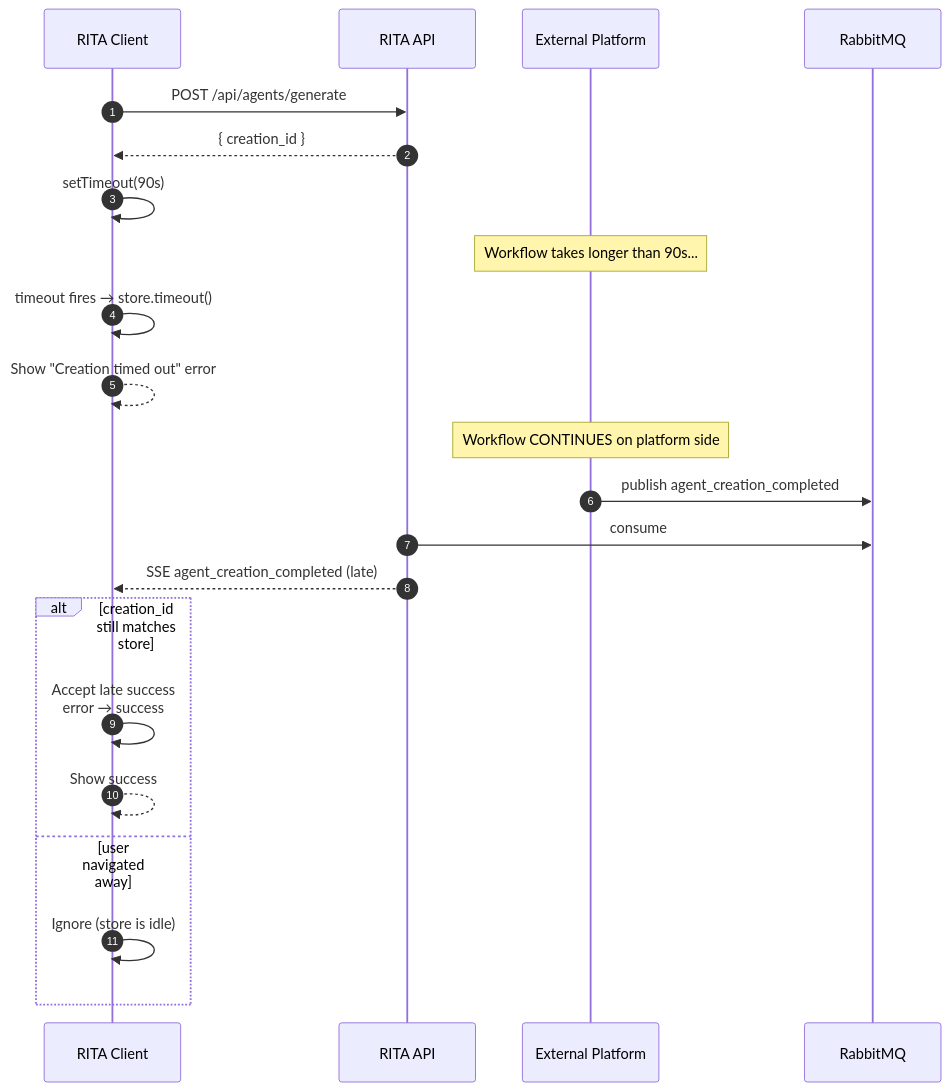
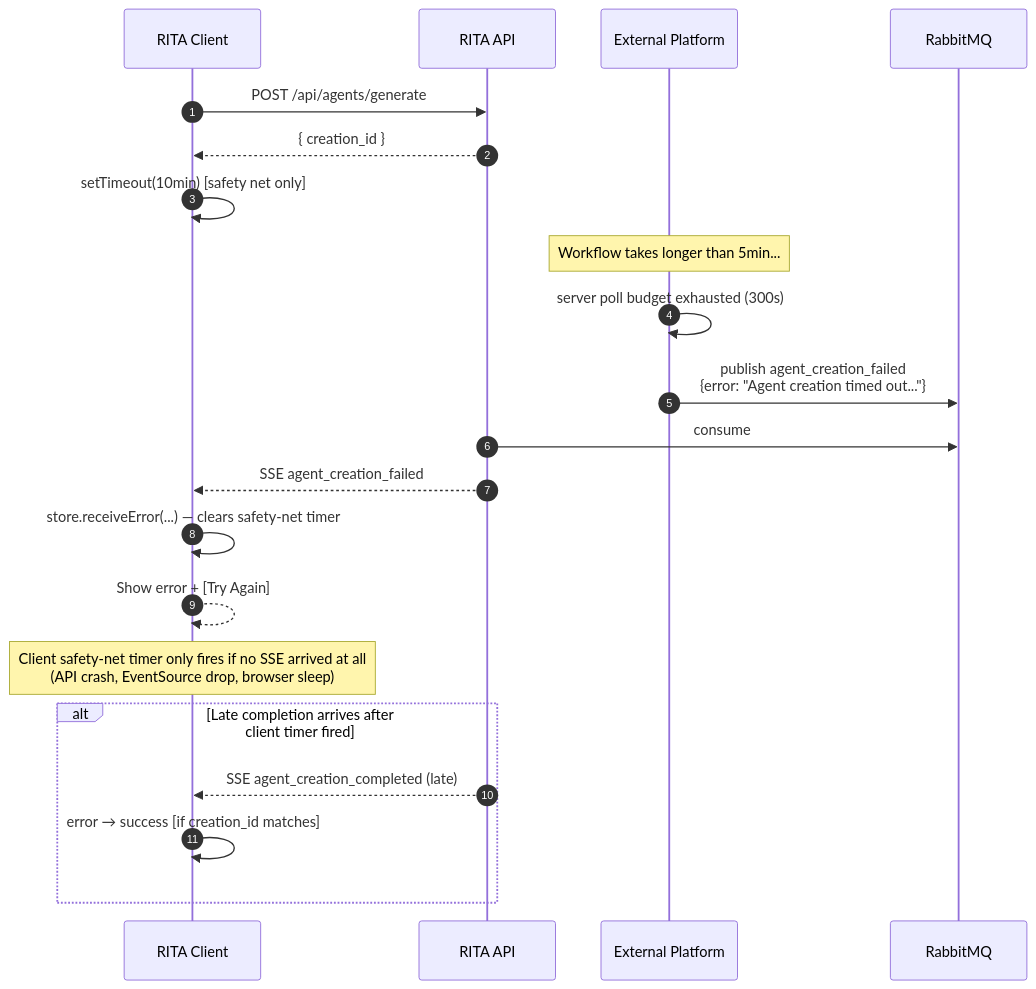
Before and after one commit to ewilhelmy-resolve/resolve-prototypes: the eighth of 11 diagrams in docs/features/agents/agent-creation-workflow-integration.md, drawn with Mermaid. The commit also changed other lines of this file and 3 other files, not shown here.

````diff
--- a/docs/features/agents/agent-creation-workflow-integration.md
+++ b/docs/features/agents/agent-creation-workflow-integration.md
@@ -269,29 +282,28 @@
 ```mermaid
 sequenceDiagram
     autonumber
     participant Client as RITA Client
     participant API as RITA API
     participant Platform as External Platform
     participant MQ as RabbitMQ
 
     Client->>API: POST /api/agents/generate
     API-->>Client: { creation_id }
-    Client->>Client: setTimeout(90s)
+    Client->>Client: setTimeout(10min) [safety net only]
 
-    Note over Platform: Workflow takes longer than 90s...
+    Note over Platform: Workflow takes longer than 5min...
 
-    Client->>Client: timeout fires → store.timeout()
-    Client-->>Client: Show "Creation timed out" error
+    Platform->>Platform: server poll budget exhausted (300s)
+    Platform->>MQ: publish agent_creation_failed<br/>{error: "Agent creation timed out..."}
+    API->>MQ: consume
+    API-->>Client: SSE agent_creation_failed
+    Client->>Client: store.receiveError(...) — clears safety-net timer
+    Client-->>Client: Show error + [Try Again]
 
-    Note over Platform: Workflow CONTINUES on platform side
-    Platform->>MQ: publish agent_creation_completed
-    API->>MQ: consume
-    API-->>Client: SSE agent_creation_completed (late)
+    Note over Client: Client safety-net timer only fires if no SSE arrived at all<br/>(API crash, EventSource drop, browser sleep)
 
-    alt creation_id still matches store
-        Client->>Client: Accept late success<br/>error → success
-        Client-->>Client: Show success
-    else user navigated away
-        Client->>Client: Ignore (store is idle)
+    alt Late completion arrives after client timer fired
+        API-->>Client: SSE agent_creation_completed (late)
+        Client->>Client: error → success [if creation_id matches]
     end
 ```
````
